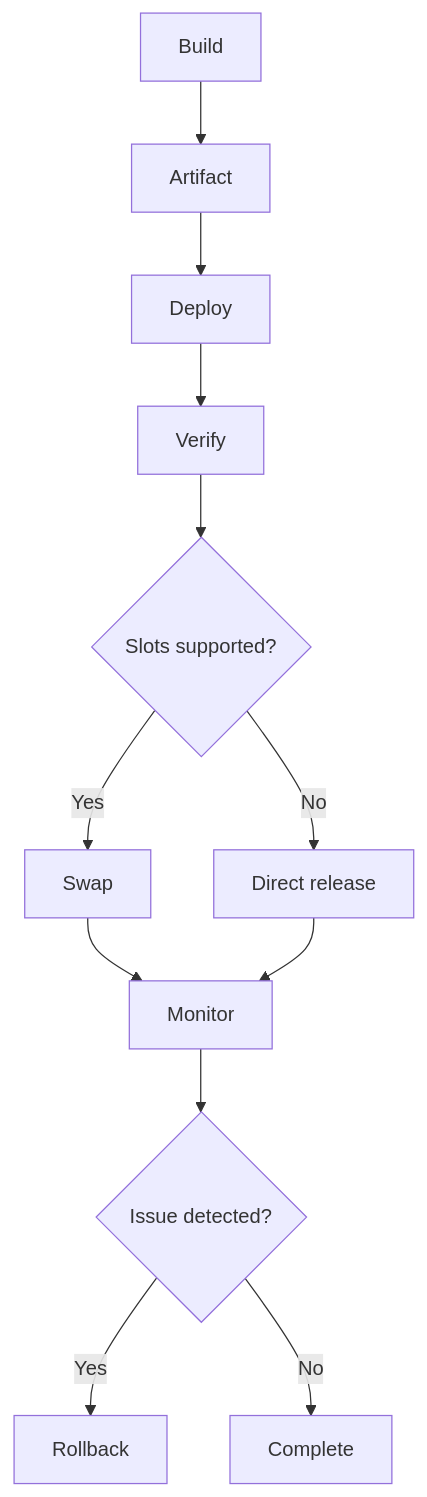
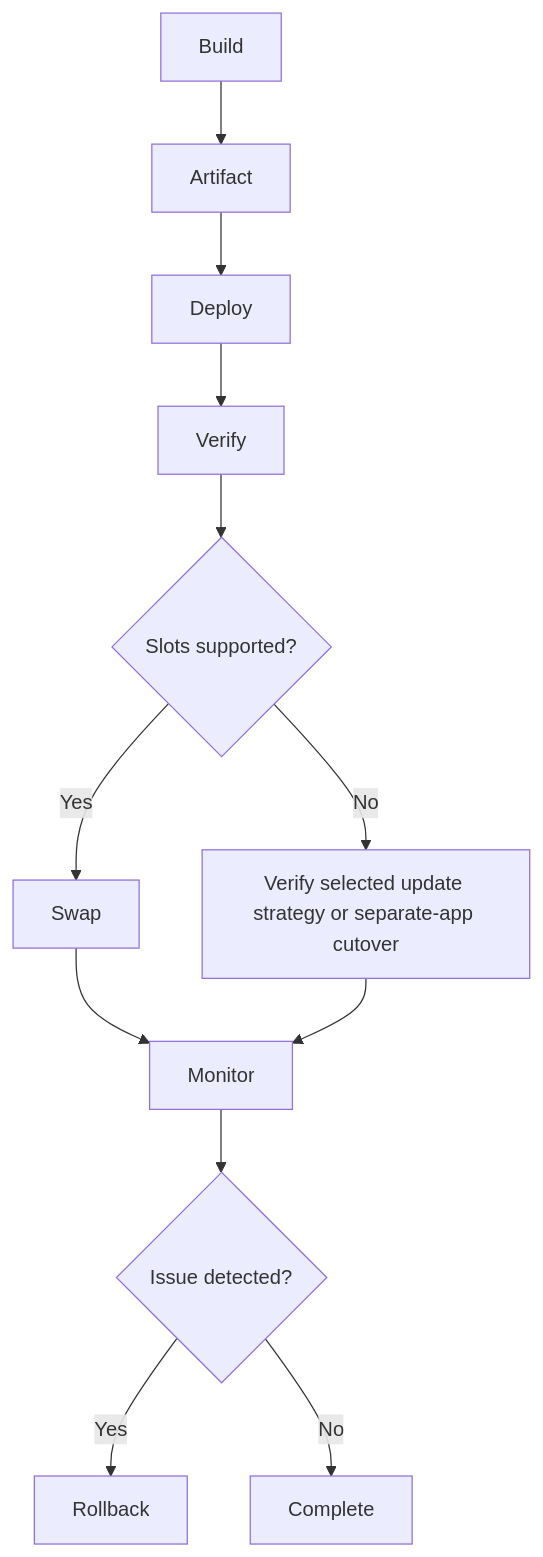
One commit to yeongseon/azure-functions-practical-guide changed the diagram in docs/operations/deployment.md. Above: the diagram before and after it, drawn with Mermaid. The commit also changed other lines of this file and 2 other files, not shown here.

````diff
--- a/docs/operations/deployment.md
+++ b/docs/operations/deployment.md
@@ -207,14 +213,14 @@
 ```mermaid
 flowchart TD
     A[Build] --> B[Artifact]
     B --> C[Deploy]
     C --> D[Verify]
     D --> E{Slots supported?}
     E -- Yes --> F[Swap]
-    E -- No --> G[Direct release]
+    E -- No --> G[Verify selected update strategy or separate-app cutover]
     F --> H[Monitor]
     G --> H[Monitor]
     H --> I{Issue detected?}
     I -- Yes --> J[Rollback]
     I -- No --> K[Complete]
 ```
````
